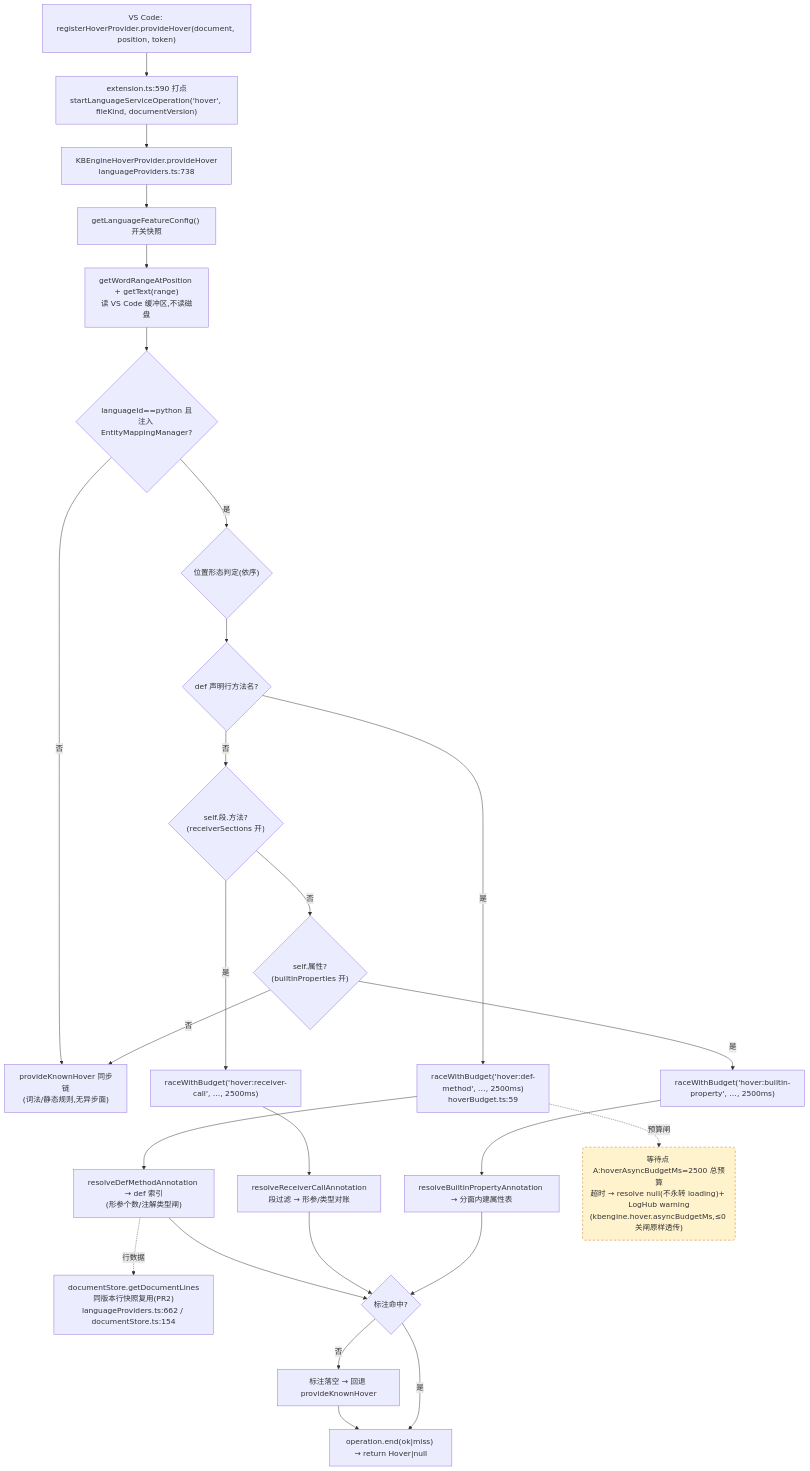
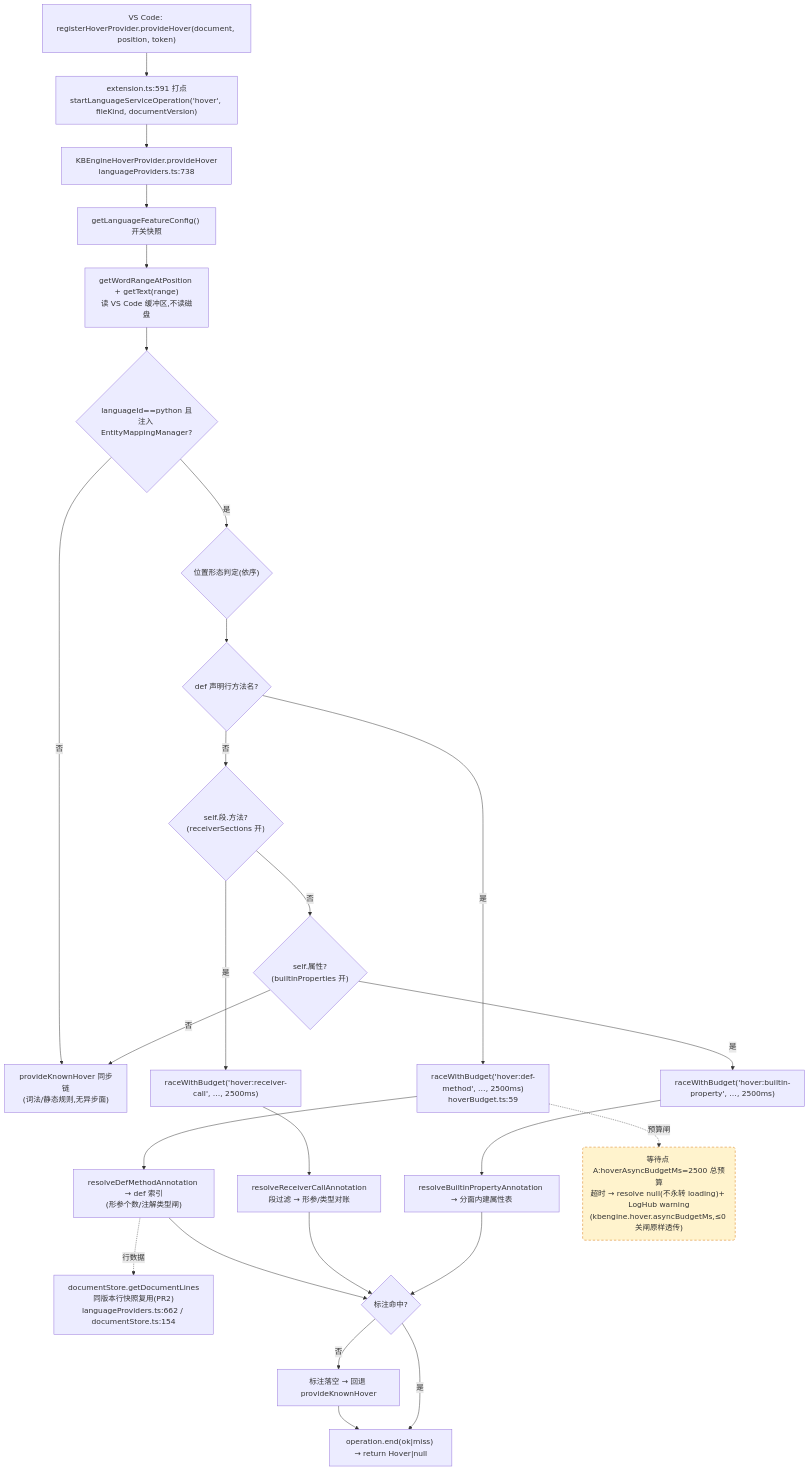
Before and after one commit to cuihairu/kode: the first of 4 diagrams in docs/perf/2026-baseline.md, drawn with Mermaid. The commit also changed other lines of this file and 10 other files, not shown here.

````diff
--- a/docs/perf/2026-baseline.md
+++ b/docs/perf/2026-baseline.md
@@ -82,45 +82,45 @@
 ```mermaid
 flowchart TD
   VC1["VS Code: registerHoverProvider.provideHover(document, position, token)"]
-  M1["extension.ts:590 打点<br/>startLanguageServiceOperation('hover', fileKind, documentVersion)"]
+  M1["extension.ts:591 打点<br/>startLanguageServiceOperation('hover', fileKind, documentVersion)"]
   HP["KBEngineHoverProvider.provideHover<br/>languageProviders.ts:738"]
   CFG["getLanguageFeatureConfig() 开关快照"]
   WORD["getWordRangeAtPosition + getText(range)<br/>读 VS Code 缓冲区,不读磁盘"]
   BR{"languageId==python 且<br/>注入 EntityMappingManager?"}
   KN["provideKnownHover 同步链<br/>(词法/静态规则,无异步面)"]
   POS{"位置形态判定(依序)"}
   D1{"def 声明行方法名?"}
   D2{"self.段.方法?<br/>(receiverSections 开)"}
   D3{"self.属性?<br/>(builtinProperties 开)"}
   RA1["raceWithBudget('hover:def-method', …, 2500ms)<br/>hoverBudget.ts:59"]
   RA2["raceWithBudget('hover:receiver-call', …, 2500ms)"]
   RA3["raceWithBudget('hover:builtin-property', …, 2500ms)"]
   RS1["resolveDefMethodAnnotation → def 索引<br/>(形参个数/注解类型闸)"]
   RS2["resolveReceiverCallAnnotation<br/>段过滤 → 形参/类型对账"]
   RS3["resolveBuiltinPropertyAnnotation → 分面内建属性表"]
   LINES["documentStore.getDocumentLines<br/>同版本行快照复用(PR2)<br/>languageProviders.ts:662 / documentStore.ts:154"]
   MISS["标注落空 → 回退 provideKnownHover"]
   END1["operation.end(ok|miss) → return Hover|null"]
 
   VC1 --> M1 --> HP --> CFG --> WORD --> BR
   BR -- "否" --> KN
   BR -- "是" --> POS --> D1
   D1 -- "是" --> RA1 --> RS1
   D1 -- "否" --> D2
   D2 -- "是" --> RA2 --> RS2
   D2 -- "否" --> D3
   D3 -- "是" --> RA3 --> RS3
   D3 -- "否" --> KN
   RS1 --> HIT{"标注命中?"}
   RS2 --> HIT
   RS3 --> HIT
   RS1 -.->|行数据| LINES
   HIT -- "否" --> MISS --> END1
   HIT -- "是" --> END1
 
   WAITA("等待点 A:hoverAsyncBudgetMs=2500 总预算<br/>超时 → resolve null(不永转 loading)+ LogHub warning<br/>(kbengine.hover.asyncBudgetMs,≤0 关闸原样透传)")
   RA1 -.->|预算闸| WAITA
 
   classDef waitPoint fill:#fff3cd,stroke:#d97706,stroke-dasharray:5 4;
   class WAITA waitPoint;
 ```
````
